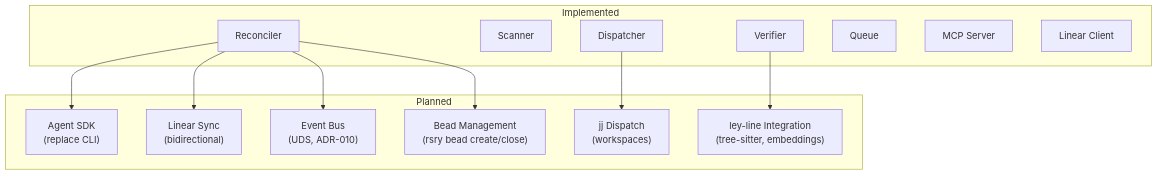
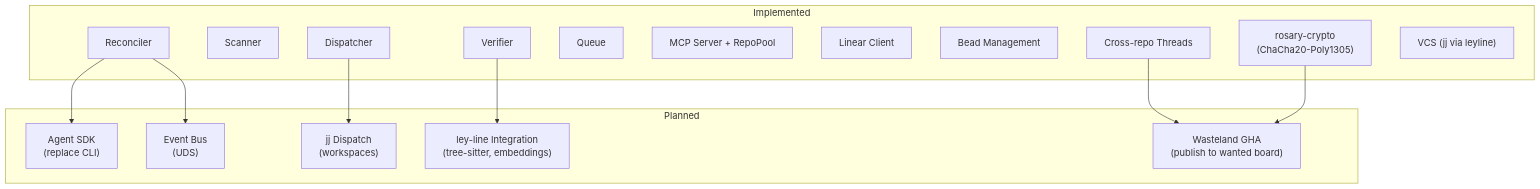
Before and after one commit to agentic-research/rosary: the seventh of 7 diagrams in docs/ARCHITECTURE.md, drawn with Mermaid. The commit also changed other lines of this file and 2 other files, not shown here.

First line of the commit message:
docs: sync docs with current codebase — add missing modules + features

````diff
--- a/docs/ARCHITECTURE.md
+++ b/docs/ARCHITECTURE.md
@@ -253,28 +263,31 @@
 ```mermaid
 graph TB
     subgraph "Planned"
         SDK["Agent SDK<br/>(replace CLI)"]
-        LIN["Linear Sync<br/>(bidirectional)"]
         LEY["ley-line Integration<br/>(tree-sitter, embeddings)"]
         JJD["jj Dispatch<br/>(workspaces)"]
-        EVT["Event Bus<br/>(UDS, ADR-010)"]
-        BEAD["Bead Management<br/>(rsry bead create/close)"]
+        EVT["Event Bus<br/>(UDS)"]
+        WL["Wasteland GHA<br/>(publish to wanted board)"]
     end
 
     subgraph "Implemented"
         REC["Reconciler"]
         SCA["Scanner"]
         DIS["Dispatcher"]
         VER["Verifier"]
         QUE["Queue"]
-        MCP["MCP Server"]
+        MCP["MCP Server + RepoPool"]
         LINR["Linear Client"]
+        BEAD["Bead Management"]
+        THR["Cross-repo Threads"]
+        CRYPTO["rosary-crypto<br/>(ChaCha20-Poly1305)"]
+        VCS["VCS (jj via leyline)"]
     end
 
     REC --> SDK
-    REC --> LIN
     VER --> LEY
     DIS --> JJD
     REC --> EVT
-    REC --> BEAD
+    THR --> WL
+    CRYPTO --> WL
 ```
````
